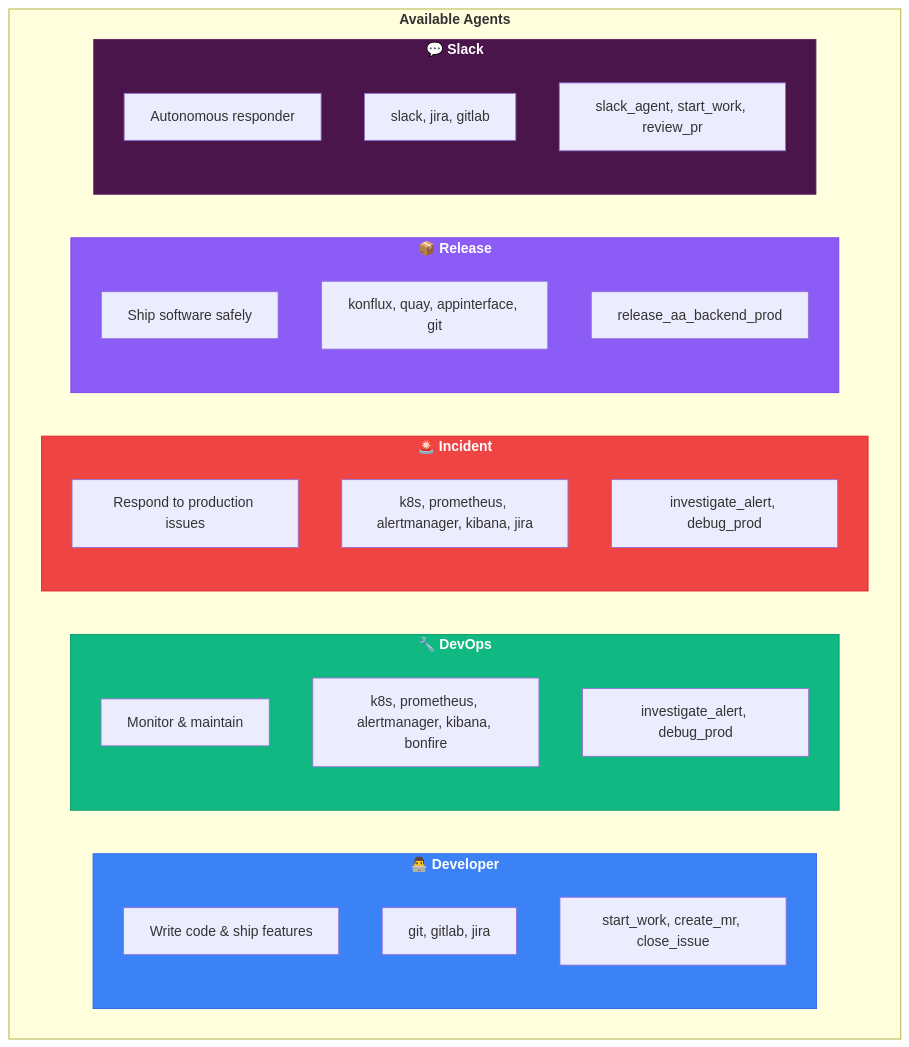
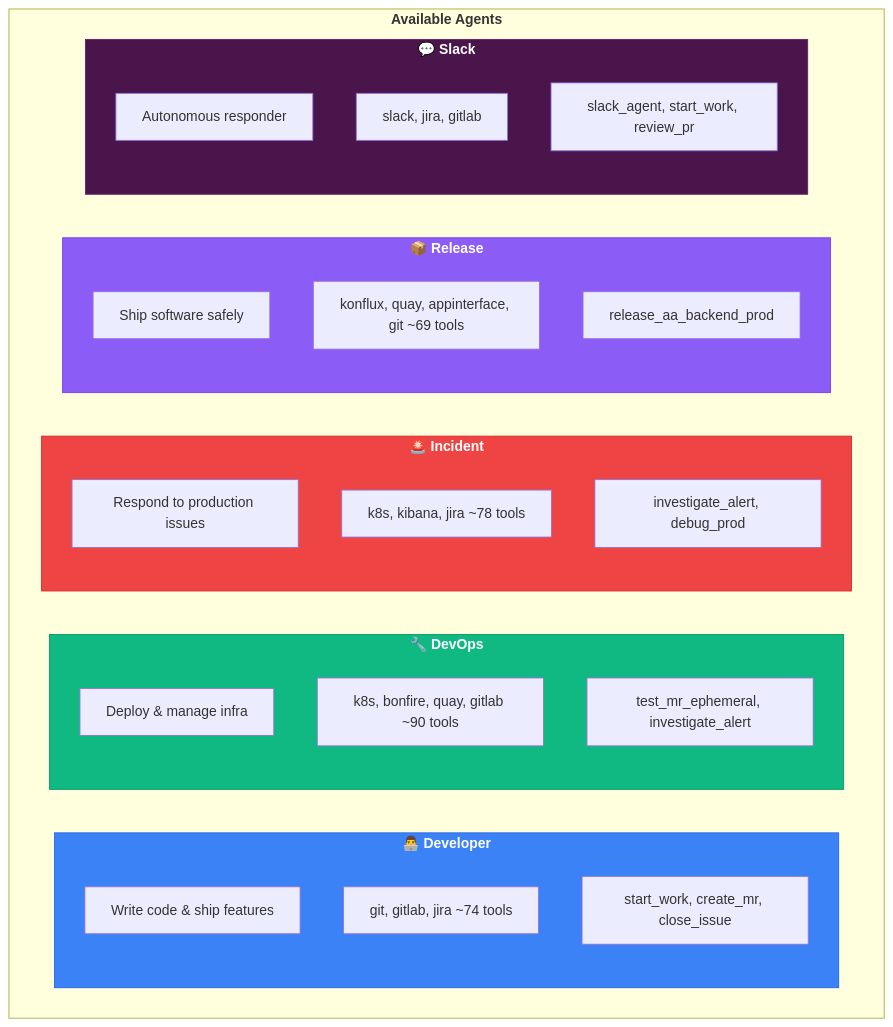
The third of 27 diagrams in README.md (dmzoneill/redhat-ai-workflow), drawn with Mermaid before and after one commit.

Commit message:
docs: fix agent tools diagram to show correct tool sets
Updated Available Agents mermaid diagram:
- DevOps: k8s, bonfire, quay, gitlab (~90 tools)
- Incident: k8s, kibana, jira (~78 tools)
- Added tool counts to all agents
- Updated DevOps skills to include test_mr_ephemeral

````diff
--- a/README.md
+++ b/README.md
@@ -229,42 +229,42 @@
 ```mermaid
 graph TD
     subgraph AGENTS["<b>Available Agents</b>"]
         direction LR
         
         subgraph DEV["<b>👨‍💻 Developer</b>"]
             DEV_DESC[Write code & ship features]
-            DEV_TOOLS[git, gitlab, jira]
+            DEV_TOOLS[git, gitlab, jira ~74 tools]
             DEV_SKILLS[start_work, create_mr, close_issue]
         end
         
         subgraph OPS["<b>🔧 DevOps</b>"]
-            OPS_DESC[Monitor & maintain]
-            OPS_TOOLS[k8s, prometheus, alertmanager, kibana, bonfire]
-            OPS_SKILLS[investigate_alert, debug_prod]
+            OPS_DESC[Deploy & manage infra]
+            OPS_TOOLS[k8s, bonfire, quay, gitlab ~90 tools]
+            OPS_SKILLS[test_mr_ephemeral, investigate_alert]
         end
         
         subgraph INC["<b>🚨 Incident</b>"]
             INC_DESC[Respond to production issues]
-            INC_TOOLS[k8s, prometheus, alertmanager, kibana, jira]
+            INC_TOOLS[k8s, kibana, jira ~78 tools]
             INC_SKILLS[investigate_alert, debug_prod]
         end
         
         subgraph REL["<b>📦 Release</b>"]
             REL_DESC[Ship software safely]
-            REL_TOOLS[konflux, quay, appinterface, git]
+            REL_TOOLS[konflux, quay, appinterface, git ~69 tools]
             REL_SKILLS[release_aa_backend_prod]
         end
         
         subgraph SLACK["<b>💬 Slack</b>"]
             SLACK_DESC[Autonomous responder]
             SLACK_TOOLS[slack, jira, gitlab]
             SLACK_SKILLS[slack_agent, start_work, review_pr]
         end
     end
     
     style DEV fill:#3b82f6,stroke:#2563eb,color:#fff
     style OPS fill:#10b981,stroke:#059669,color:#fff
     style INC fill:#ef4444,stroke:#dc2626,color:#fff
     style REL fill:#8b5cf6,stroke:#7c3aed,color:#fff
     style SLACK fill:#4a154b,stroke:#611f69,color:#fff
 ```
````
